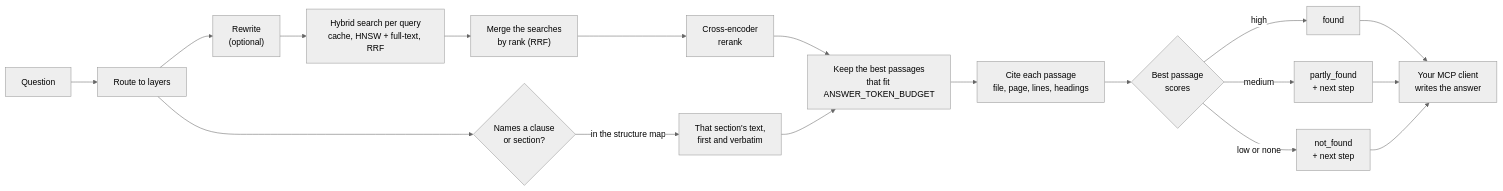
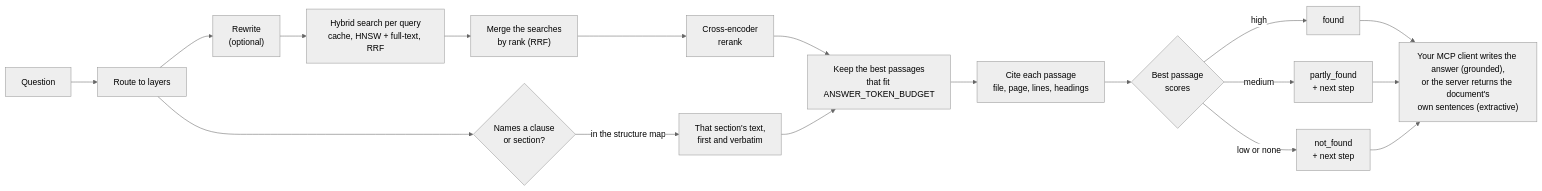
Before and after one commit to boudou/StrataKB: the sixth of 16 diagrams in README.md, drawn with Mermaid (neutral theme). The commit also changed other lines of this file and 122 other files, not shown here.

First line of the commit message:
Backlog run 2026-11-06: document structure, extractive answers, answer contract and follow-ups (#218)

````diff
--- a/README.md
+++ b/README.md
@@ -164,11 +180,11 @@
 ```mermaid
 flowchart LR
     q["Question"] --> r["Route to layers"] --> rw["Rewrite<br/>(optional)"] --> h["Hybrid search per query<br/>cache, HNSW + full-text, RRF"]
     h --> d["Merge the searches<br/>by rank (RRF)"] --> rr["Cross-encoder<br/>rerank"] --> b["Keep the best passages<br/>that fit ANSWER_TOKEN_BUDGET"]
     r --> x{"Names a clause<br/>or section?"} -->|"in the structure map"| ex["That section's text,<br/>first and verbatim"] --> b
     b --> c["Cite each passage<br/>file, page, lines, headings"] --> o{"Best passage<br/>scores"}
     o -->|"high"| f["found"]
     o -->|"medium"| pf["partly_found<br/>+ next step"]
     o -->|"low or none"| nf["not_found<br/>+ next step"]
-    f & pf & nf --> a["Your MCP client<br/>writes the answer"]
+    f & pf & nf --> a["Your MCP client writes the answer (grounded),<br/>or the server returns the document's<br/>own sentences (extractive)"]
 ```
````
